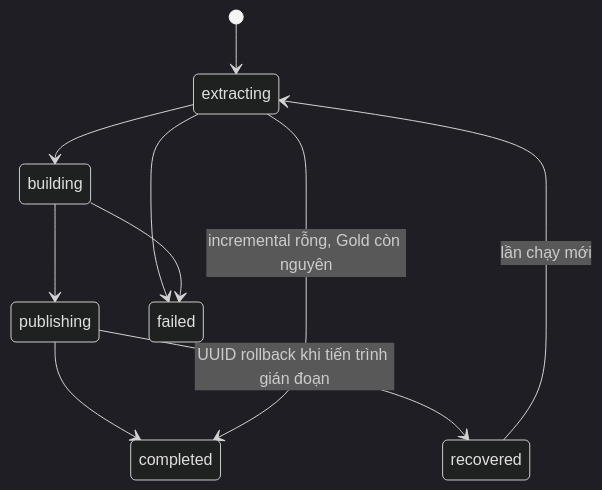
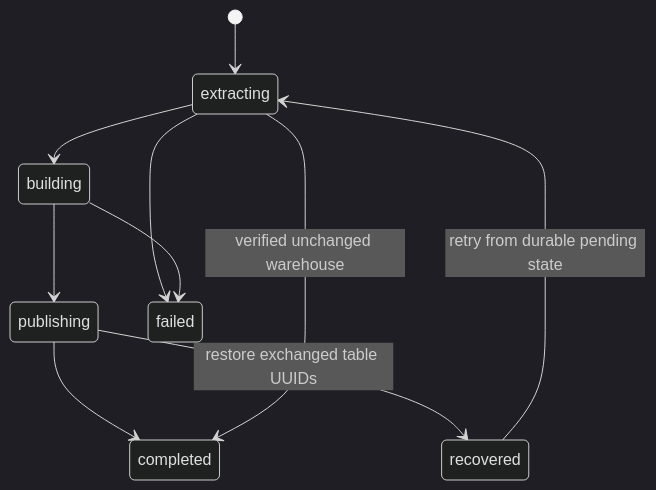
The second of 2 diagrams in docs/architecture.md (longieoo/online-learning-warehouse), drawn with Mermaid (dark theme) before and after one commit. The commit also changed other lines of this file and 92 other files, not shown here.

````diff
--- a/docs/architecture.md
+++ b/docs/architecture.md
@@ -49,12 +79,12 @@
 ```mermaid
 stateDiagram-v2
   [*] --> extracting
   extracting --> building
   building --> publishing
   publishing --> completed
-  publishing --> recovered: UUID rollback khi tiến trình gián đoạn
-  recovered --> extracting: lần chạy mới
-  extracting --> completed: incremental rỗng, Gold còn nguyên
+  publishing --> recovered: restore exchanged table UUIDs
+  recovered --> extracting: retry from durable pending state
+  extracting --> completed: verified unchanged warehouse
   extracting --> failed
   building --> failed
 ```
````
